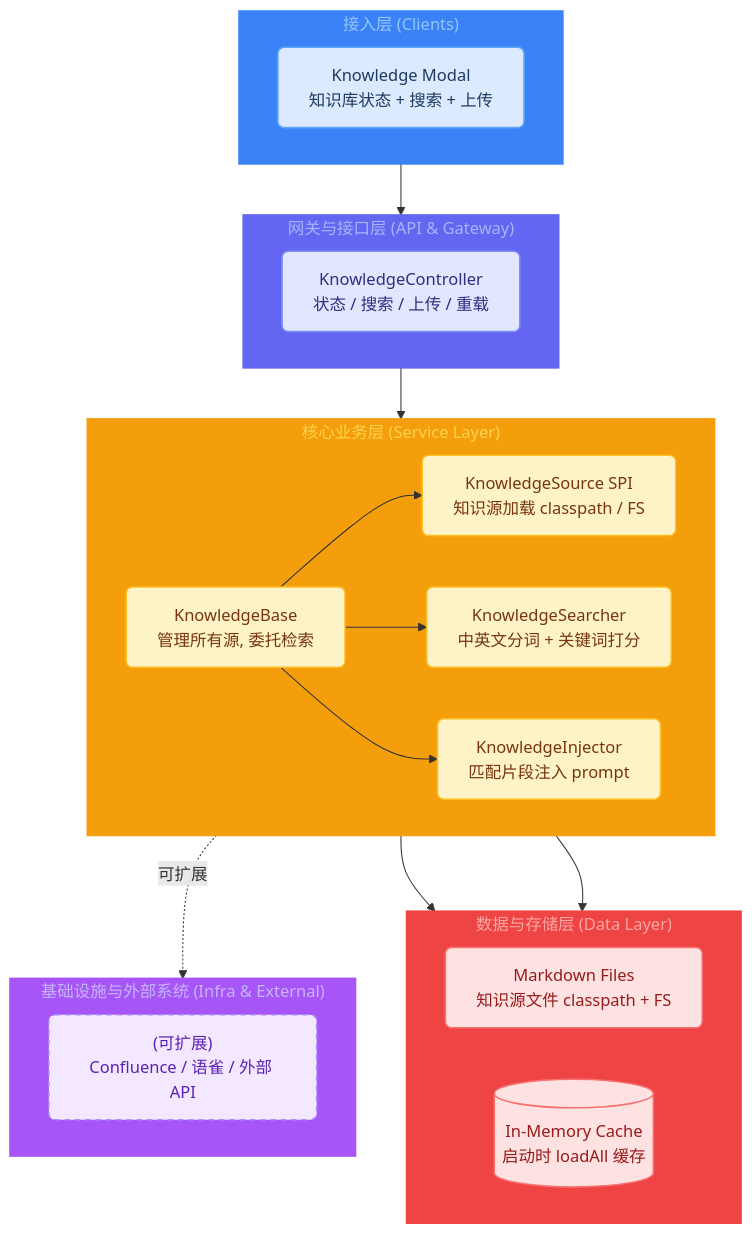
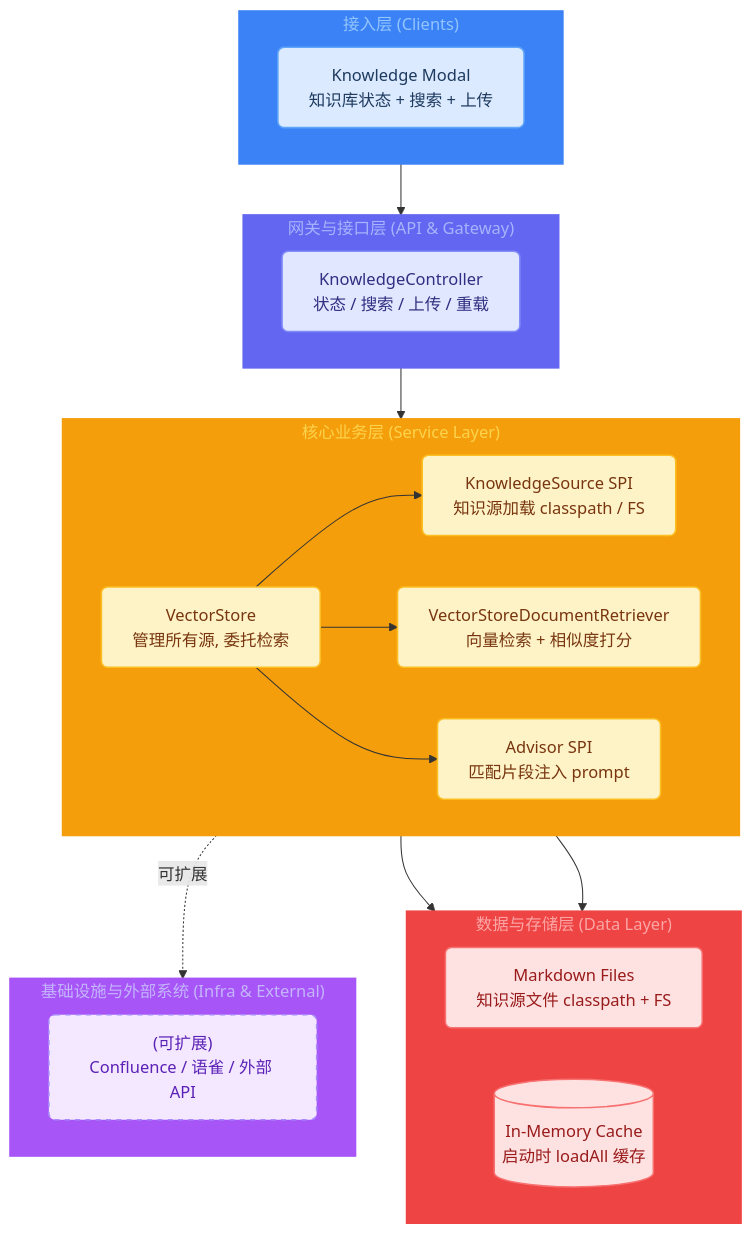
The diagram in docs/site/search/search-architecture.mmd (watson-song/snap-agent), drawn with Mermaid before and after one commit. The commit also changed 47 other files, not shown here.

First line of the commit message:
docs: update all documentation for architecture deepening

```diff
--- a/docs/site/search/search-architecture.mmd
+++ b/docs/site/search/search-architecture.mmd
@@ -1,57 +1,57 @@
 graph TD
     %% ===== Glassmorphism Node Classes =====
     classDef client fill:#dbeafe,stroke:#60a5fa,stroke-width:1.5px,color:#1e3a5f,rx:6px,ry:6px
     classDef api fill:#e0e7ff,stroke:#818cf8,stroke-width:1.5px,color:#312e81,rx:6px,ry:6px
     classDef service fill:#fef3c7,stroke:#fbbf24,stroke-width:1.5px,color:#78350f,rx:6px,ry:6px
     classDef storage fill:#fee2e2,stroke:#f87171,stroke-width:1.5px,color:#991b1b,rx:6px,ry:6px
     classDef external fill:#f3e8ff,stroke:#a78bfa,stroke-width:1.5px,stroke-dasharray: 5 5,color:#5b21b6,rx:6px,ry:6px
 
     subgraph Client ["接入层 (Clients)"]
         direction LR
         Modal["Knowledge Modal<br/>知识库状态 + 搜索 + 上传"]
     end
 
     subgraph Gateway ["网关与接口层 (API & Gateway)"]
         direction LR
         Controller["KnowledgeController<br/>状态 / 搜索 / 上传 / 重载"]
     end
 
     subgraph Service ["核心业务层 (Service Layer)"]
         direction LR
-        KB["KnowledgeBase<br/>管理所有源, 委托检索"]
+        KB["VectorStore<br/>管理所有源, 委托检索"]
         Source["KnowledgeSource SPI<br/>知识源加载 classpath / FS"]
-        Searcher["KnowledgeSearcher<br/>中英文分词 + 关键词打分"]
-        Injector["KnowledgeInjector<br/>匹配片段注入 prompt"]
+        Searcher["VectorStoreDocumentRetriever<br/>向量检索 + 相似度打分"]
+        Injector["Advisor SPI<br/>匹配片段注入 prompt"]
     end
 
     subgraph Data ["数据与存储层 (Data Layer)"]
         direction LR
         Markdown["Markdown Files<br/>知识源文件 classpath + FS"]
         Cache[("In-Memory Cache<br/>启动时 loadAll 缓存")]
     end
 
     subgraph External ["基础设施与外部系统 (Infra & External)"]
         direction LR
         Extensible["(可扩展)<br/>Confluence / 语雀 / 外部 API"]
     end
 
     Modal --> Controller
     Controller --> KB
     KB --> Source
     KB --> Searcher
     Source --> Markdown
     Source --> Cache
     KB --> Injector
     Source -.->|"可扩展"| Extensible
 
     style Client fill:#3b82f6,stroke:#3b82f6,stroke-width:2px,color:#93c5fd
     style Gateway fill:#6366f1,stroke:#6366f1,stroke-width:2px,color:#a5b4fc
     style Service fill:#f59e0b,stroke:#f59e0b,stroke-width:2px,color:#fcd34d
     style Data fill:#ef4444,stroke:#ef4444,stroke-width:2px,color:#fca5a5
     style External fill:#a855f7,stroke:#a855f7,stroke-width:2px,color:#c4b5fd
 
     class Modal client
     class Controller api
     class KB,Source,Searcher,Injector service
     class Markdown,Cache storage
     class Extensible external
```
